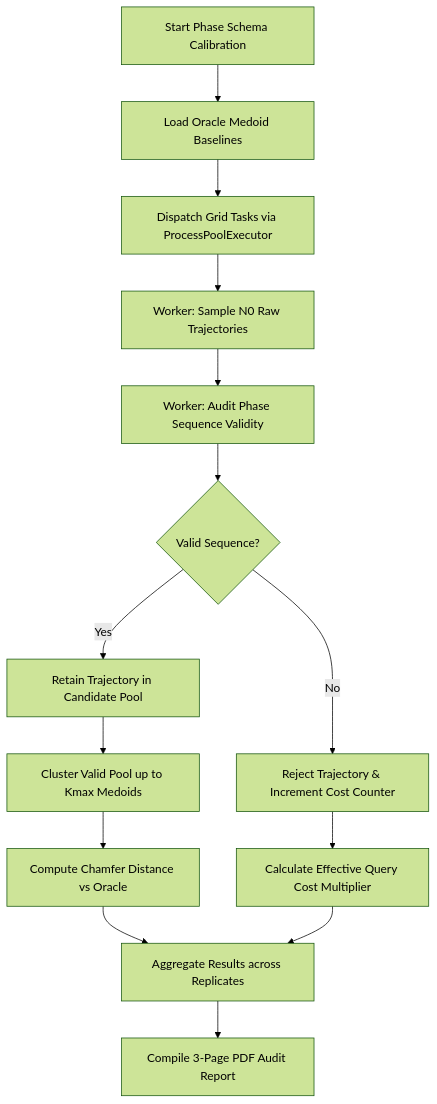
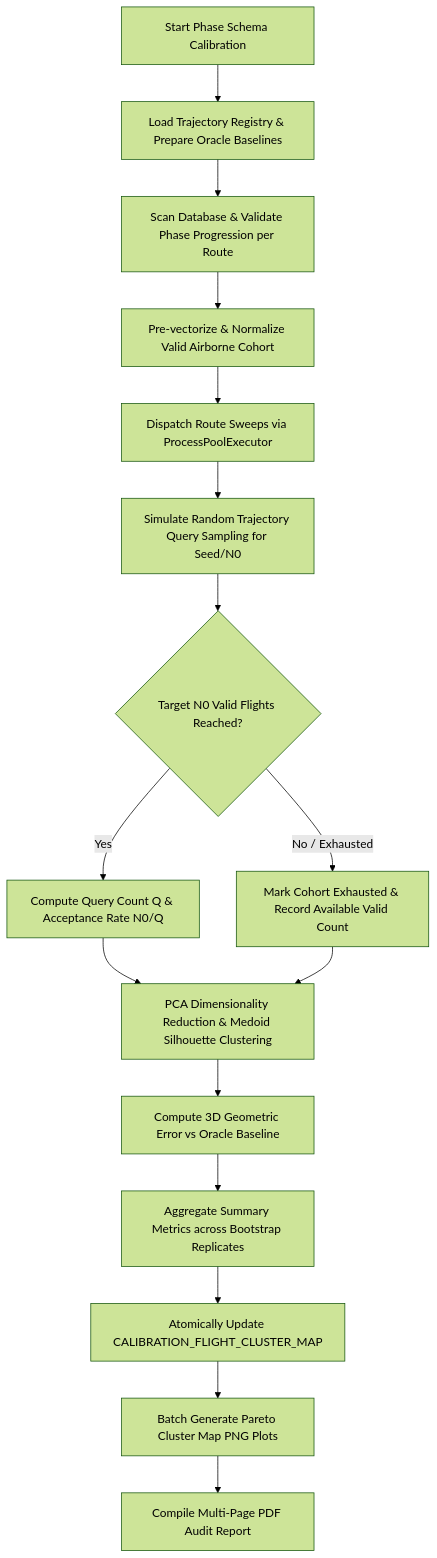
The diagram in src/analysis/campaigns/schema_enrichment/README.md (Bauzement123/flight-physics-pipeline), drawn with Mermaid (forest theme) before and after one commit. The commit also changed other lines of this file and 16 other files, not shown here.

````diff
--- a/src/analysis/campaigns/schema_enrichment/README.md
+++ b/src/analysis/campaigns/schema_enrichment/README.md
@@ -49,16 +49,18 @@
 ```mermaid
 flowchart TD
-    A[Start Phase Schema Calibration] --> B[Load Oracle Medoid Baselines]
-    B --> C[Dispatch Grid Tasks via ProcessPoolExecutor]
-    C --> D[Worker: Sample N0 Raw Trajectories]
-    D --> E[Worker: Audit Phase Sequence Validity]
-    E --> F{Valid Sequence?}
-    F -->|Yes| G[Retain Trajectory in Candidate Pool]
-    F -->|No| H[Reject Trajectory & Increment Cost Counter]
-    G --> I[Cluster Valid Pool up to Kmax Medoids]
-    I --> J[Compute Chamfer Distance vs Oracle]
-    H --> K[Calculate Effective Query Cost Multiplier]
-    J --> L[Aggregate Results across Replicates]
-    K --> L
-    L --> M[Compile 3-Page PDF Audit Report]
+    A[Start Phase Schema Calibration] --> B[Load Trajectory Registry & Prepare Oracle Baselines]
+    B --> C[Scan Database & Validate Phase Progression per Route]
+    C --> D[Pre-vectorize & Normalize Valid Airborne Cohort]
+    D --> E[Dispatch Route Sweeps via ProcessPoolExecutor]
+    E --> F[Simulate Random Trajectory Query Sampling for Seed/N0]
+    F --> G{Target N0 Valid Flights Reached?}
+    G -->|Yes| H[Compute Query Count Q & Acceptance Rate N0/Q]
+    G -->|No / Exhausted| I[Mark Cohort Exhausted & Record Available Valid Count]
+    H --> J[PCA Dimensionality Reduction & Medoid Silhouette Clustering]
+    I --> J
+    J --> K[Compute 3D Geometric Error vs Oracle Baseline]
+    K --> L[Aggregate Summary Metrics across Bootstrap Replicates]
+    L --> M[Atomically Update CALIBRATION_FLIGHT_CLUSTER_MAP]
+    M --> N[Batch Generate Pareto Cluster Map PNG Plots]
+    N --> O[Compile Multi-Page PDF Audit Report]
 ```
````
